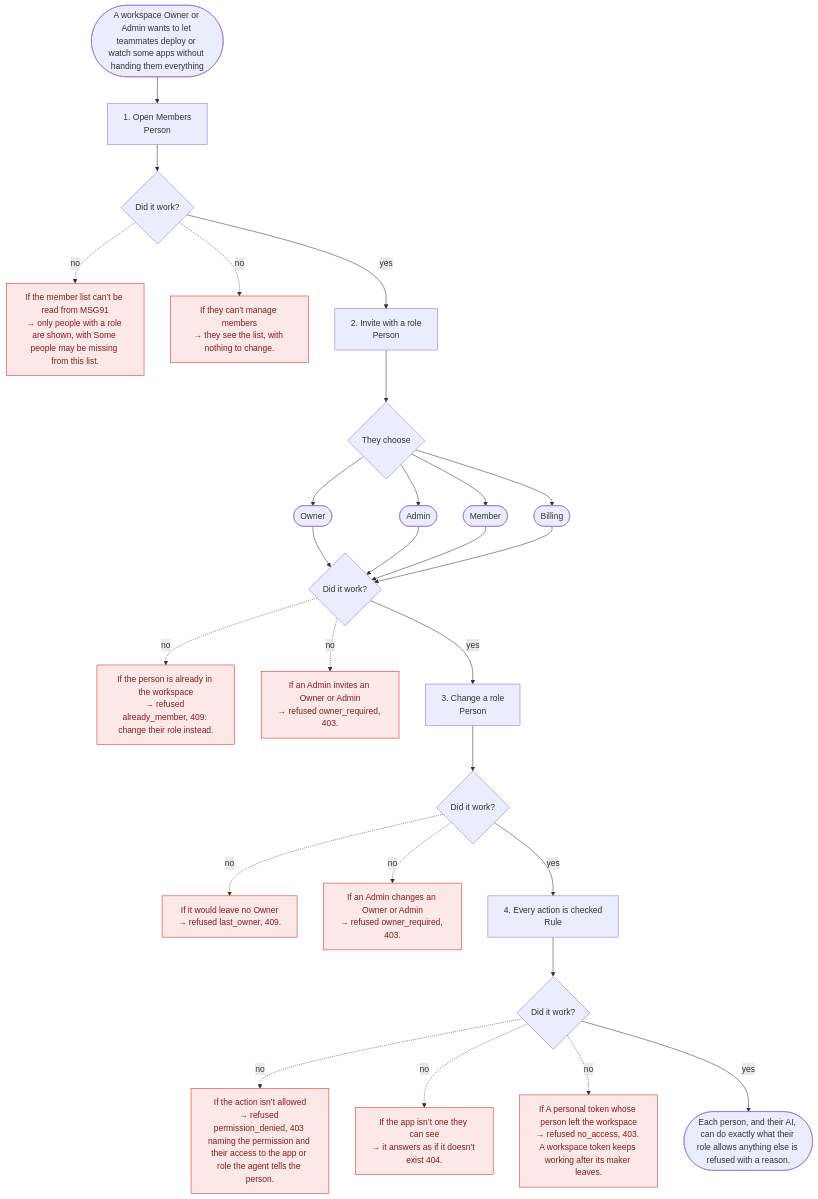
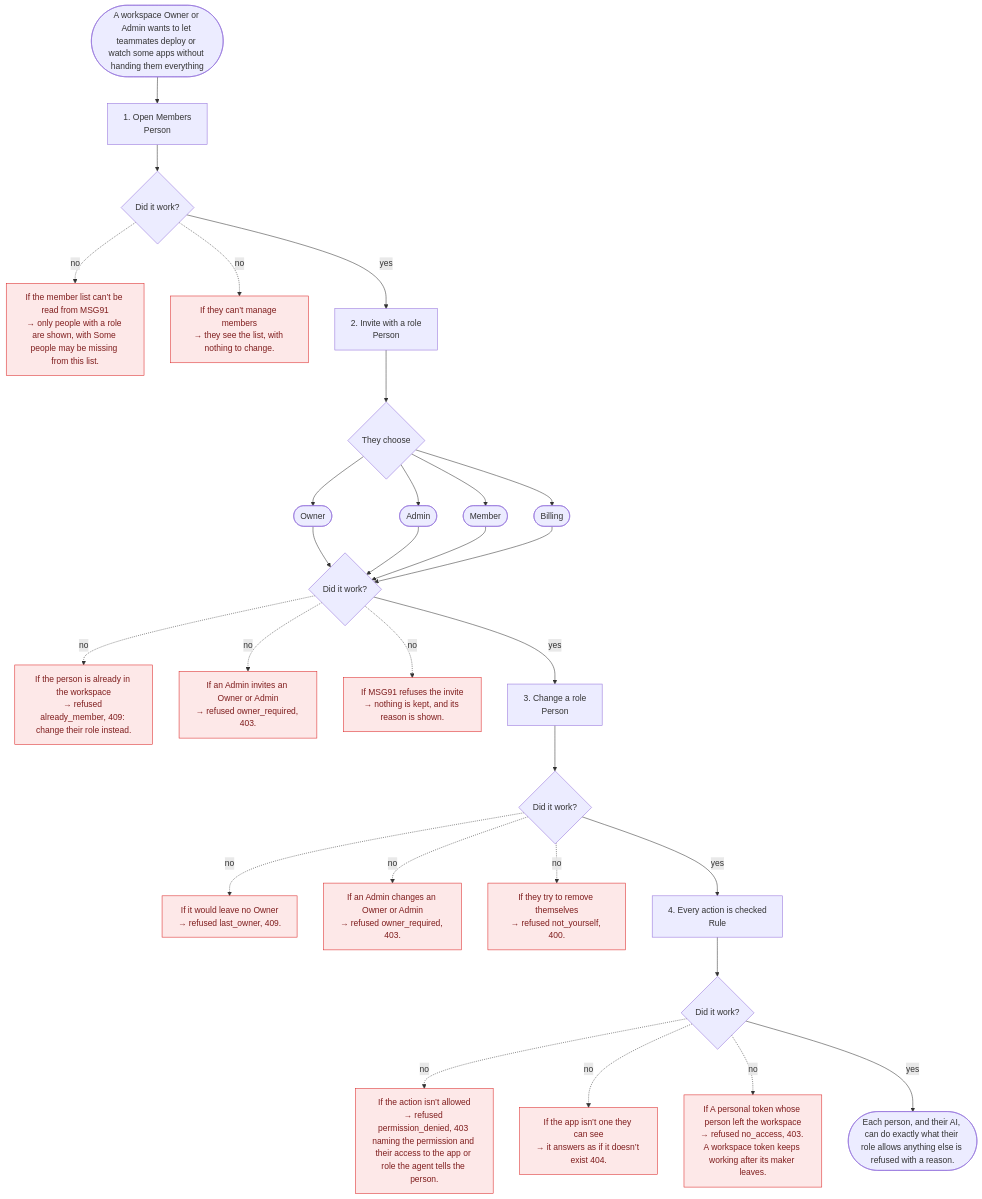
Before and after one commit to Vaibhav9197/hostnsoft: the diagram in docs/prd/stories/team-roles.md, drawn with Mermaid. The commit also changed other lines of this file and 33 other files, not shown here.

````diff
--- a/docs/prd/stories/team-roles.md
+++ b/docs/prd/stories/team-roles.md
@@ -26,54 +26,58 @@
 ```mermaid
 flowchart TD
   start([A workspace Owner or Admin wants to let teammates deploy or watch some apps without handing them everything])
   s1["1. Open Members<br/>Person"]
   start --> s1
   s1f{Did it work?}
   s1 --> s1f
   s1f1["If the member list can’t be read from MSG91<br/>→ only people with a role are shown, with Some people may be missing from this list."]:::fail
   s1f -.->|no| s1f1
   s1f2["If they can’t manage members<br/>→ they see the list, with nothing to change."]:::fail
   s1f -.->|no| s1f2
   s2["2. Invite with a role<br/>Person"]
   s1f -->|yes| s2
   s2c{They choose}
   s2 --> s2c
   s2c1([Owner])
   s2c --> s2c1
   s2c2([Admin])
   s2c --> s2c2
   s2c3([Member])
   s2c --> s2c3
   s2c4([Billing])
   s2c --> s2c4
   s2f{Did it work?}
   s2c1 --> s2f
   s2c2 --> s2f
   s2c3 --> s2f
   s2c4 --> s2f
   s2f1["If the person is already in the workspace<br/>→ refused already_member, 409: change their role instead."]:::fail
   s2f -.->|no| s2f1
   s2f2["If an Admin invites an Owner or Admin<br/>→ refused owner_required, 403."]:::fail
   s2f -.->|no| s2f2
+  s2f3["If MSG91 refuses the invite<br/>→ nothing is kept, and its reason is shown."]:::fail
+  s2f -.->|no| s2f3
   s3["3. Change a role<br/>Person"]
   s2f -->|yes| s3
   s3f{Did it work?}
   s3 --> s3f
   s3f1["If it would leave no Owner<br/>→ refused last_owner, 409."]:::fail
   s3f -.->|no| s3f1
   s3f2["If an Admin changes an Owner or Admin<br/>→ refused owner_required, 403."]:::fail
   s3f -.->|no| s3f2
+  s3f3["If they try to remove themselves<br/>→ refused not_yourself, 400."]:::fail
+  s3f -.->|no| s3f3
   s4["4. Every action is checked<br/>Rule"]
   s3f -->|yes| s4
   s4f{Did it work?}
   s4 --> s4f
   s4f1["If the action isn’t allowed<br/>→ refused permission_denied, 403 naming the permission and their access to the app or role the agent tells the person."]:::fail
   s4f -.->|no| s4f1
   s4f2["If the app isn’t one they can see<br/>→ it answers as if it doesn’t exist 404."]:::fail
   s4f -.->|no| s4f2
   s4f3["If A personal token whose person left the workspace<br/>→ refused no_access, 403. A workspace token keeps working after its maker leaves."]:::fail
   s4f -.->|no| s4f3
   done([Each person, and their AI, can do exactly what their role allows anything else is refused with a reason.])
   s4f -->|yes| done
   classDef fail fill:#fde8e8,stroke:#dc2626,color:#7f1d1d
 ```
````
